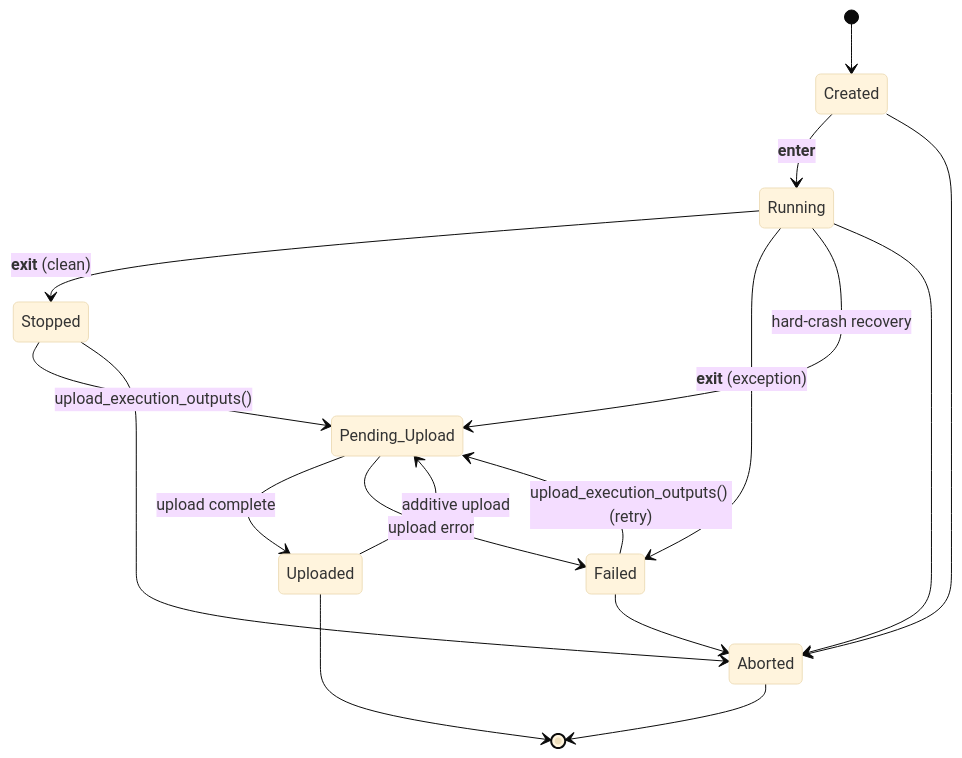
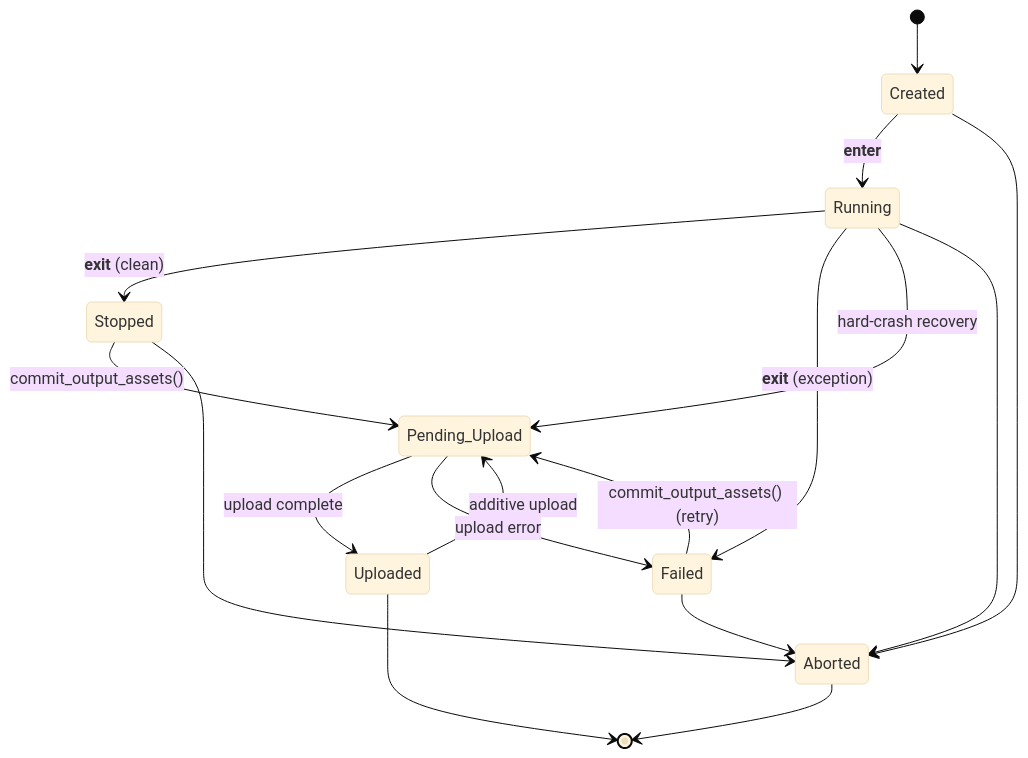
Before and after one commit to informatics-isi-edu/deriva-ml: the diagram in docs/user-guide/executions.md, drawn with Mermaid (base theme). The commit also changed other lines of this file and 62 other files, not shown here.

First line of the commit message:
v2.0.0: Unify upload API to commit_output_assets (#224)

````diff
--- a/docs/user-guide/executions.md
+++ b/docs/user-guide/executions.md
@@ -344,19 +371,19 @@
 ```mermaid
 stateDiagram-v2
     [*] --> Created
     Created --> Running : __enter__
     Running --> Stopped : __exit__ (clean)
     Running --> Failed : __exit__ (exception)
     Running --> Pending_Upload : hard-crash recovery
-    Stopped --> Pending_Upload : upload_execution_outputs()
+    Stopped --> Pending_Upload : commit_output_assets()
     Pending_Upload --> Uploaded : upload complete
     Pending_Upload --> Failed : upload error
-    Failed --> Pending_Upload : upload_execution_outputs() (retry)
+    Failed --> Pending_Upload : commit_output_assets() (retry)
     Uploaded --> Pending_Upload : additive upload
     Created --> Aborted
     Running --> Aborted
     Stopped --> Aborted
     Failed --> Aborted
     Uploaded --> [*]
     Aborted --> [*]
 ```
````
